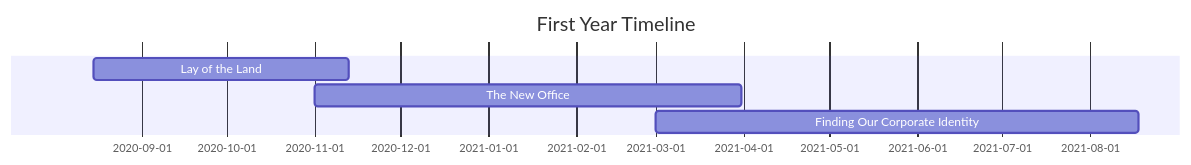
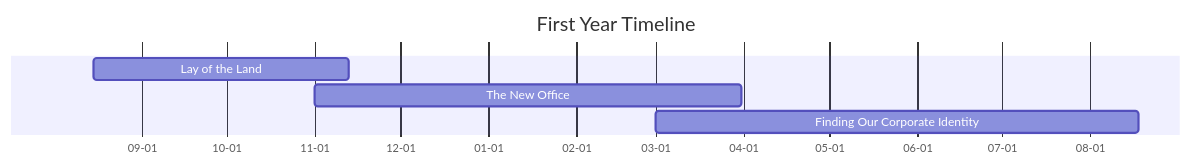
Before and after one commit to NicholasChua/NicholasChua: the diagram in _posts/2024-05-28-start-up-scale-up-2-4.md, drawn with Mermaid. The commit also changed other lines of this file and 3 other files, not shown here.

Commit message:
docs: add link to software section, change timeline graph axes

````diff
--- a/_posts/2024-05-28-start-up-scale-up-2-4.md
+++ b/_posts/2024-05-28-start-up-scale-up-2-4.md
@@ -21,8 +21,12 @@
 ```mermaid
 gantt
     title First Year Timeline
     dateFormat YYYY-MM-DD
+    axisFormat %m-%d
+    tickInterval 1month
+    todayMarker off
+
     Lay of the Land                 :a2, 2020-08-15, 90d
     The New Office                  :a3, 2020-11-01, 150d
     Finding Our Corporate Identity  :a4, 2021-03-01, 170d
 ```
````
